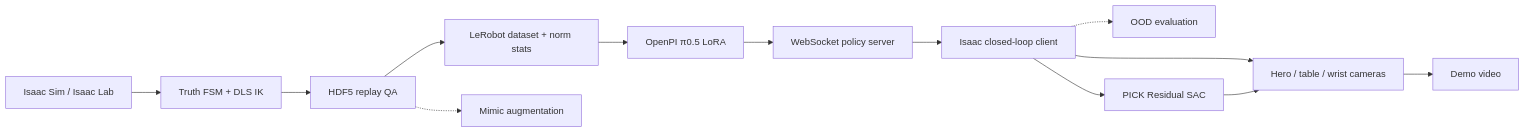
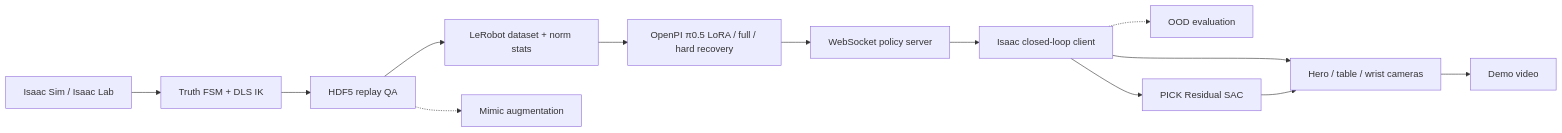
One commit to Erictianyufan/vla-tidybench changed the diagram in README.md. Above: the diagram before and after it, drawn with Mermaid. The commit also changed other lines of this file and 1 other file, not shown here.

````diff
--- a/README.md
+++ b/README.md
@@ -35,15 +35,15 @@
 ```mermaid
 flowchart LR
     A["Isaac Sim / Isaac Lab"] --> B["Truth FSM + DLS IK"]
     B --> C["HDF5 replay QA"]
     C --> D["LeRobot dataset + norm stats"]
-    D --> E["OpenPI π0.5 LoRA"]
+    D --> E["OpenPI π0.5 LoRA / full / hard recovery"]
     E --> F["WebSocket policy server"]
     F --> G["Isaac closed-loop client"]
     G --> H["Hero / table / wrist cameras"]
     H --> I["Demo video"]
     C -.-> J["Mimic augmentation"]
     G -.-> K["OOD evaluation"]
     G --> L["PICK Residual SAC"]
     L --> H
 ```
````
